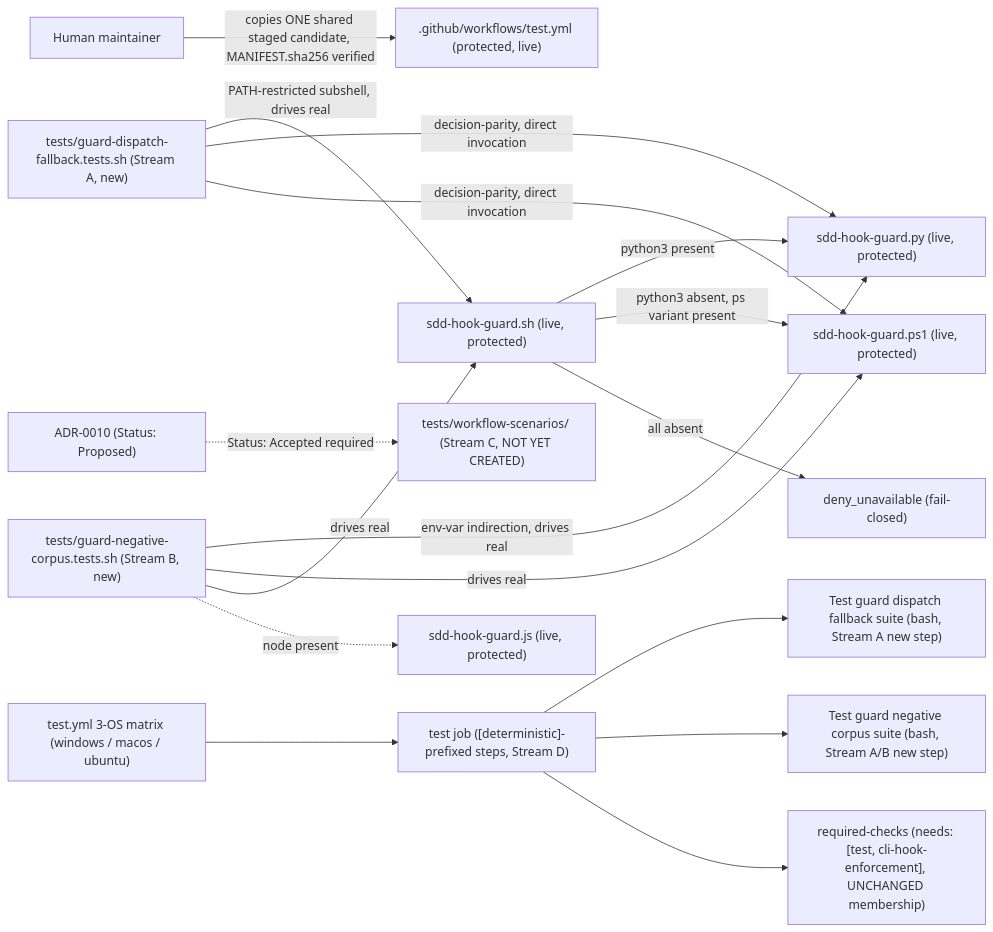
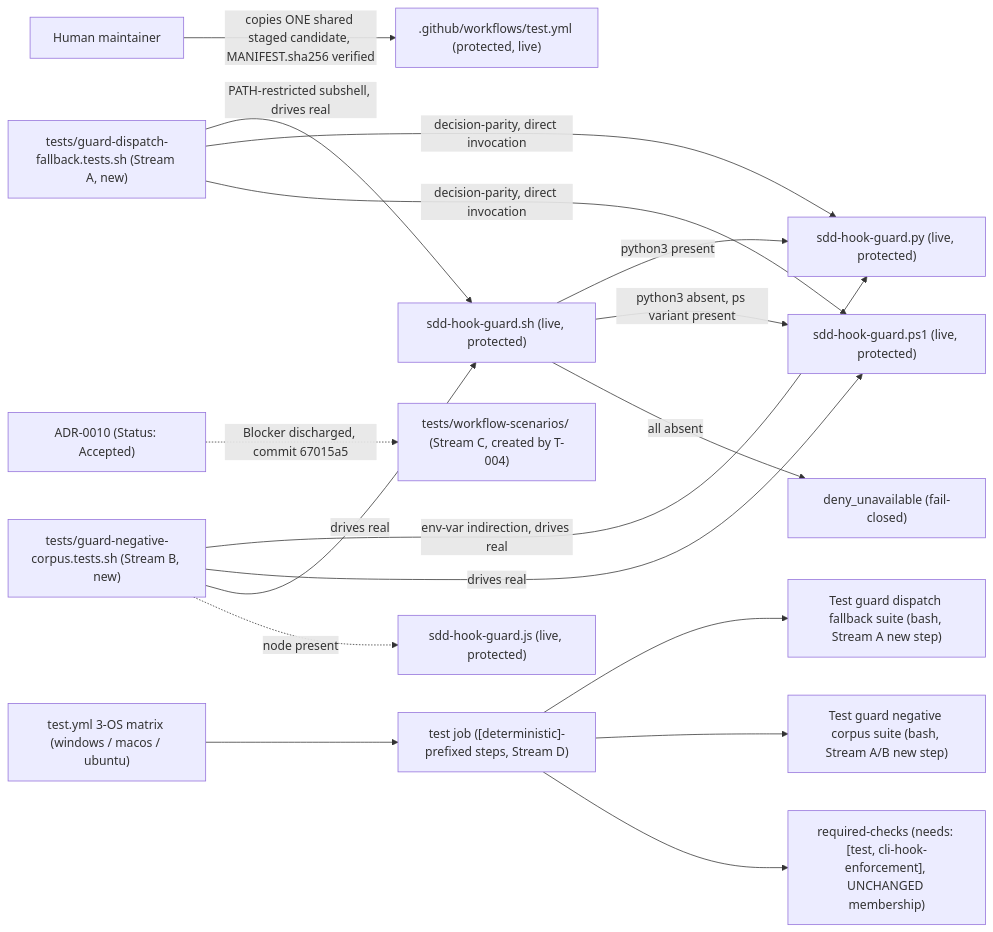
One commit to aharada54914/sdd-forge changed the diagram in specs/epic-136-phase3/infra-spec.md. Above: the diagram before and after it, drawn with Mermaid. The commit also changed other lines of this file and 3 other files, not shown here.

````diff
--- a/specs/epic-136-phase3/infra-spec.md
+++ b/specs/epic-136-phase3/infra-spec.md
@@ -14,24 +18,24 @@
 ```mermaid
 flowchart LR
   DISPATCH["sdd-hook-guard.sh (live, protected)"] -->|python3 present| GUARDPY["sdd-hook-guard.py (live, protected)"]
   DISPATCH -->|python3 absent, ps variant present| GUARDPS["sdd-hook-guard.ps1 (live, protected)"]
   DISPATCH -->|all absent| DENY["deny_unavailable (fail-closed)"]
 
   GDF["tests/guard-dispatch-fallback.tests.sh (Stream A, new)"] -->|PATH-restricted subshell, drives real| DISPATCH
   GDF -->|decision-parity, direct invocation| GUARDPY
   GDF -->|decision-parity, direct invocation| GUARDPS
 
   GNC["tests/guard-negative-corpus.tests.sh (Stream B, new)"] -->|env-var indirection, drives real| GUARDPY
   GNC -->|drives real| GUARDPS
   GNC -->|drives real| DISPATCH
   GNC -.->|node present| GUARDJS["sdd-hook-guard.js (live, protected)"]
 
   CI["test.yml 3-OS matrix (windows / macos / ubuntu)"] --> TESTJOB["test job ([deterministic]-prefixed steps, Stream D)"]
   TESTJOB --> GDFSTEP["Test guard dispatch fallback suite (bash, Stream A new step)"]
   TESTJOB --> GNCSTEP["Test guard negative corpus suite (bash, Stream A/B new step)"]
   TESTJOB --> RC["required-checks (needs: [test, cli-hook-enforcement], UNCHANGED membership)"]
 
   HUMAN["Human maintainer"] -->|copies ONE shared staged candidate, MANIFEST.sha256 verified| TESTYMLLIVE[".github/workflows/test.yml (protected, live)"]
 
-  ADR["ADR-0010 (Status: Proposed)"] -.->|Status: Accepted required| WFSCEN["tests/workflow-scenarios/ (Stream C, NOT YET CREATED)"]
+  ADR["ADR-0010 (Status: Accepted)"] -.->|Blocker discharged, commit 67015a5| WFSCEN["tests/workflow-scenarios/ (Stream C, created by T-004)"]
 ```
````
